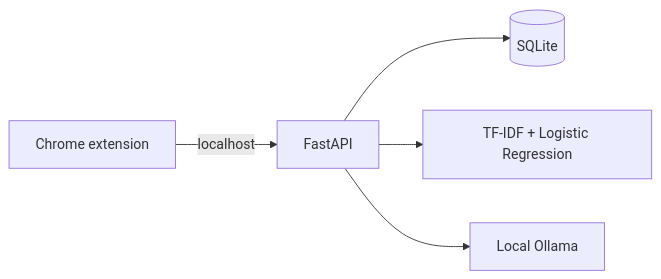
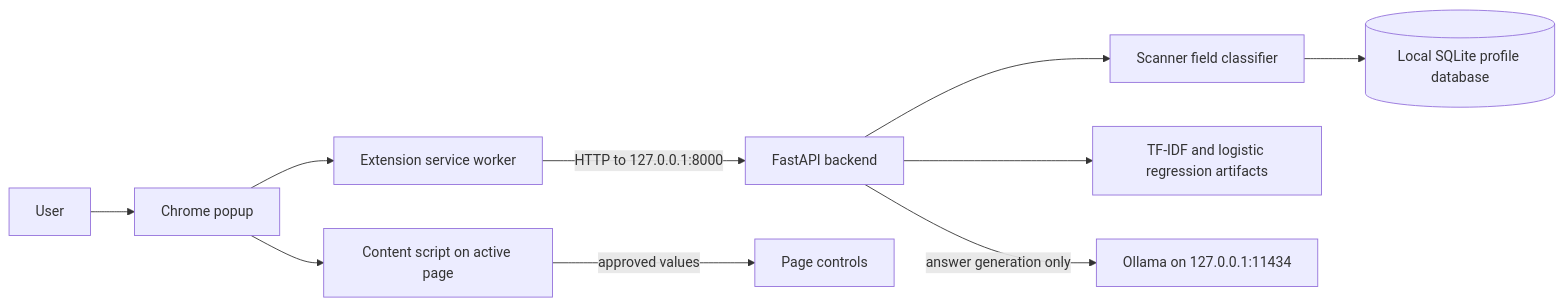
The diagram in README.md (UnikaGhimire/Auto-Form), drawn with Mermaid before and after one commit. The commit also changed other lines of this file and 10 other files, not shown here.

Commit message:
fixed ui, llm generation and mapping, made extension pop up smaller and added other minor changes

````diff
--- a/README.md
+++ b/README.md
@@ -9,7 +38,12 @@
 ```mermaid
 flowchart LR
-  E[Chrome extension] -->|localhost| A[FastAPI]
-  A --> D[(SQLite)]
-  A --> M[TF-IDF + Logistic Regression]
-  A --> O[Local Ollama]
+  U[User] --> P[Chrome popup]
+  P --> C[Content script on active page]
+  P --> B[Extension service worker]
+  B -->|HTTP to 127.0.0.1:8000| A[FastAPI backend]
+  A --> S[Scanner field classifier]
+  S --> D[(Local SQLite profile database)]
+  A --> T[TF-IDF and logistic regression artifacts]
+  A -->|answer generation only| O[Ollama on 127.0.0.1:11434]
+  C -->|approved values| W[Page controls]
 ```
````
